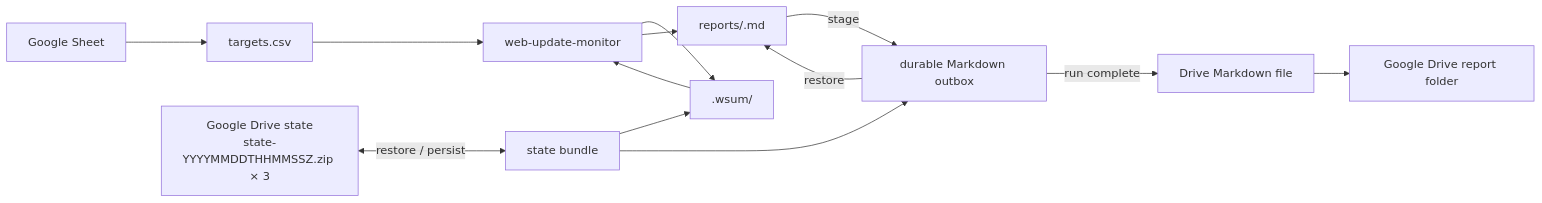
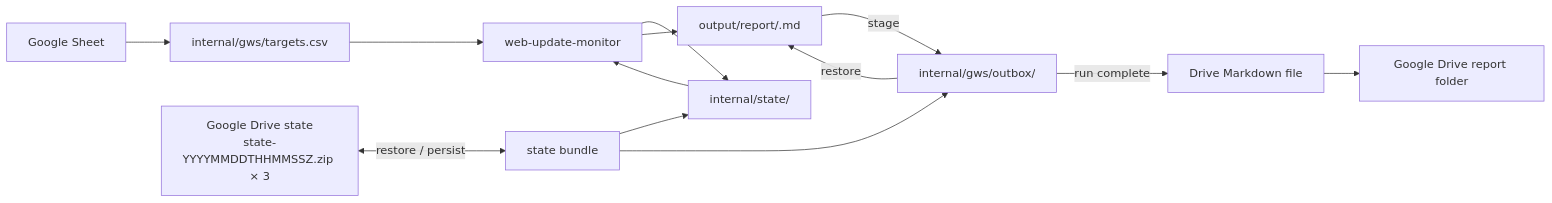
The first of 2 diagrams in README.md (dceoy/wsum), drawn with Mermaid before and after one commit. The commit also changed other lines of this file and 9 other files, not shown here.

First line of the commit message:
Separate user-facing output from internal workspace data (#57)

````diff
--- a/README.md
+++ b/README.md
@@ -23,15 +23,15 @@
 ```mermaid
 flowchart LR
-    GS["Google Sheet"] --> CSV["targets.csv"]
+    GS["Google Sheet"] --> CSV["internal/gws/targets.csv"]
     DS["Google Drive state<br/>state-YYYYMMDDTHHMMSSZ.zip × 3"] <-->|restore / persist| BUNDLE["state bundle"]
-    BUNDLE --> STATE[".wsum/"]
-    BUNDLE --> OUT["durable Markdown outbox"]
+    BUNDLE --> STATE["internal/state/"]
+    BUNDLE --> OUT["internal/gws/outbox/"]
     CSV --> CORE["web-update-monitor"]
     STATE --> CORE
     CORE --> STATE
-    CORE --> REPORT["reports/<run-id>.md"]
+    CORE --> REPORT["output/report/<run-id>.md"]
     OUT -->|restore| REPORT
     REPORT -->|stage| OUT
     OUT -->|run complete| GMD["Drive Markdown file"]
     GMD --> DR["Google Drive report folder"]
 ```
````
